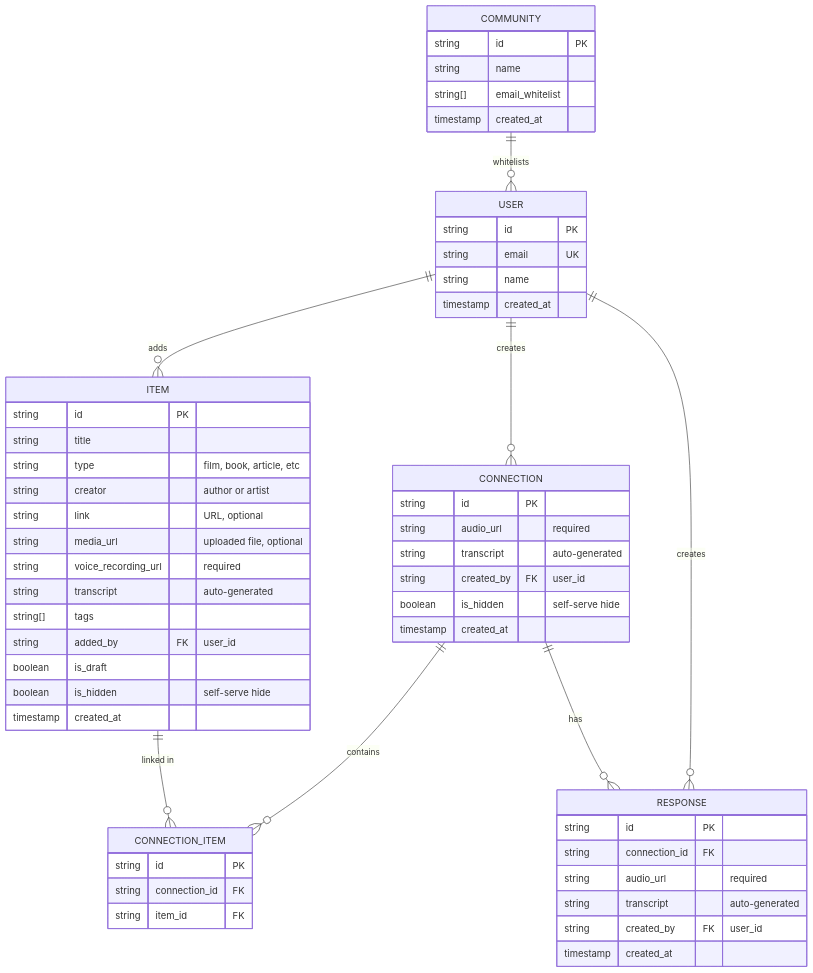
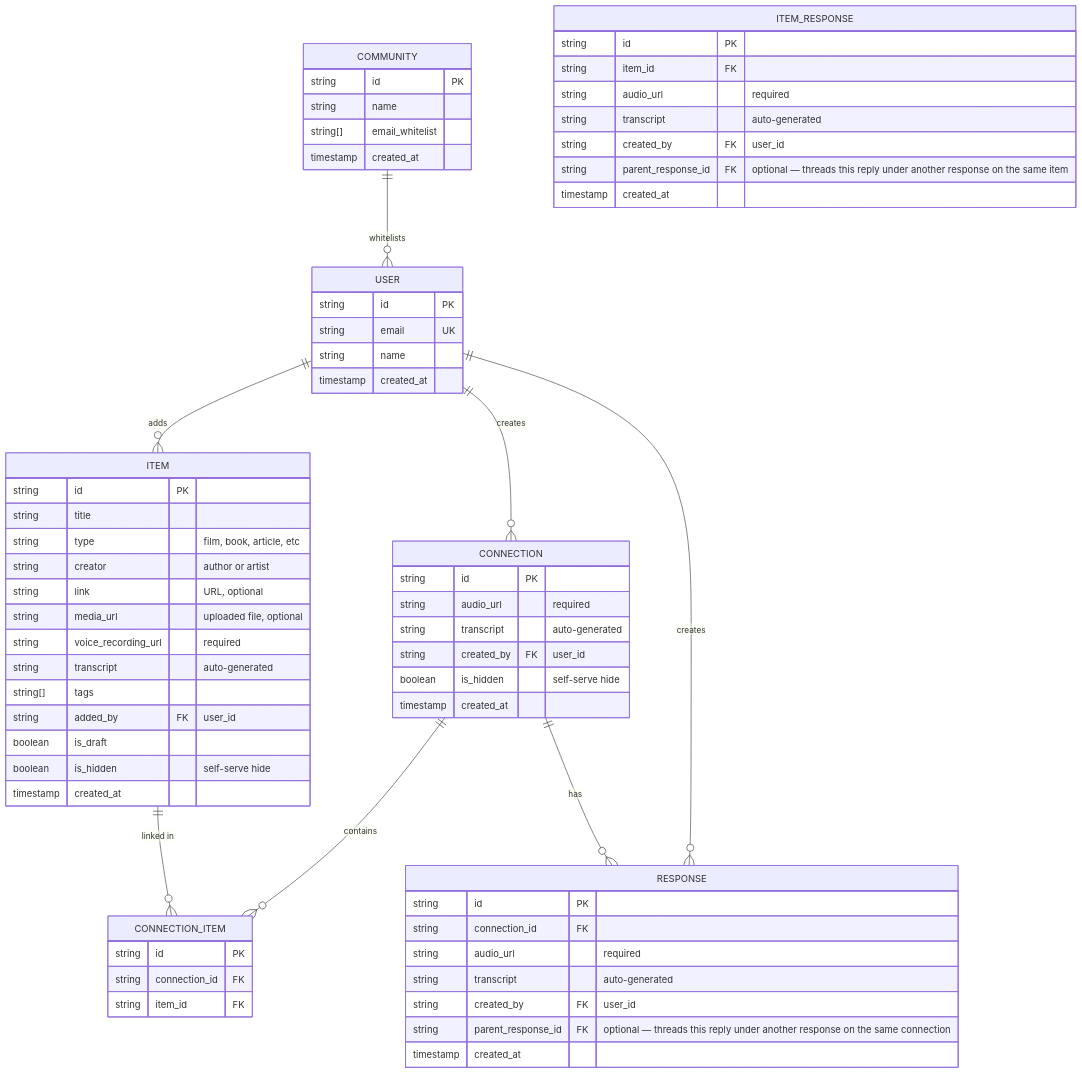
Before and after one commit to krisaziabor/cpar-thesis: the diagram in DATA_MODEL.md, drawn with Mermaid. The commit also changed other lines of this file and 6 other files, not shown here.

````diff
--- a/DATA_MODEL.md
+++ b/DATA_MODEL.md
@@ -5,64 +5,75 @@
 ```mermaid
 erDiagram
     COMMUNITY ||--o{ USER : "whitelists"
     USER ||--o{ ITEM : "adds"
     USER ||--o{ CONNECTION : "creates"
     USER ||--o{ RESPONSE : "creates"
     ITEM ||--o{ CONNECTION_ITEM : "linked in"
     CONNECTION ||--o{ CONNECTION_ITEM : "contains"
     CONNECTION ||--o{ RESPONSE : "has"
 
     COMMUNITY {
         string id PK
         string name
         string[] email_whitelist
         timestamp created_at
     }
 
     USER {
         string id PK
         string email UK
         string name
         timestamp created_at
     }
 
     ITEM {
         string id PK
         string title
         string type "film, book, article, etc"
         string creator "author or artist"
         string link "URL, optional"
         string media_url "uploaded file, optional"
         string voice_recording_url "required"
         string transcript "auto-generated"
         string[] tags
         string added_by FK "user_id"
         boolean is_draft
         boolean is_hidden "self-serve hide"
         timestamp created_at
     }
 
     CONNECTION {
         string id PK
         string audio_url "required"
         string transcript "auto-generated"
         string created_by FK "user_id"
         boolean is_hidden "self-serve hide"
         timestamp created_at
     }
 
     CONNECTION_ITEM {
         string id PK
         string connection_id FK
         string item_id FK
     }
 
     RESPONSE {
         string id PK
         string connection_id FK
         string audio_url "required"
         string transcript "auto-generated"
         string created_by FK "user_id"
+        string parent_response_id FK "optional — threads this reply under another response on the same connection"
+        timestamp created_at
+    }
+
+    ITEM_RESPONSE {
+        string id PK
+        string item_id FK
+        string audio_url "required"
+        string transcript "auto-generated"
+        string created_by FK "user_id"
+        string parent_response_id FK "optional — threads this reply under another response on the same item"
         timestamp created_at
     }
 ```
````
